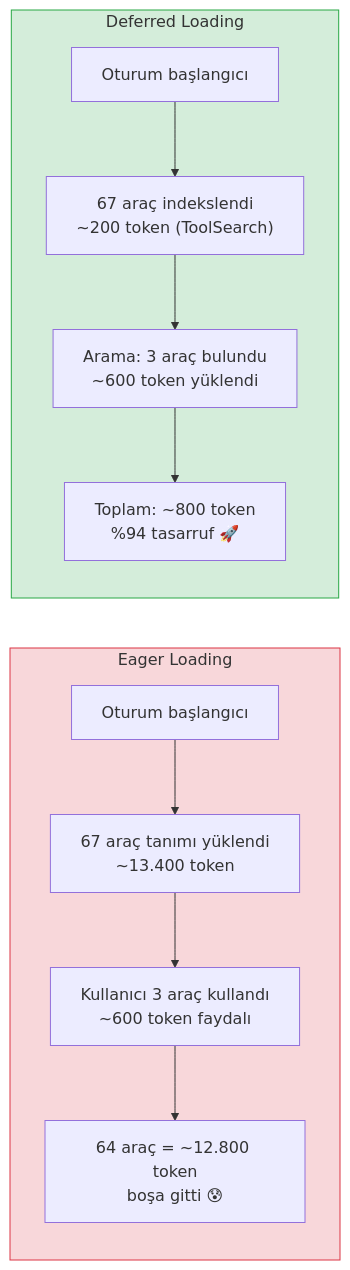
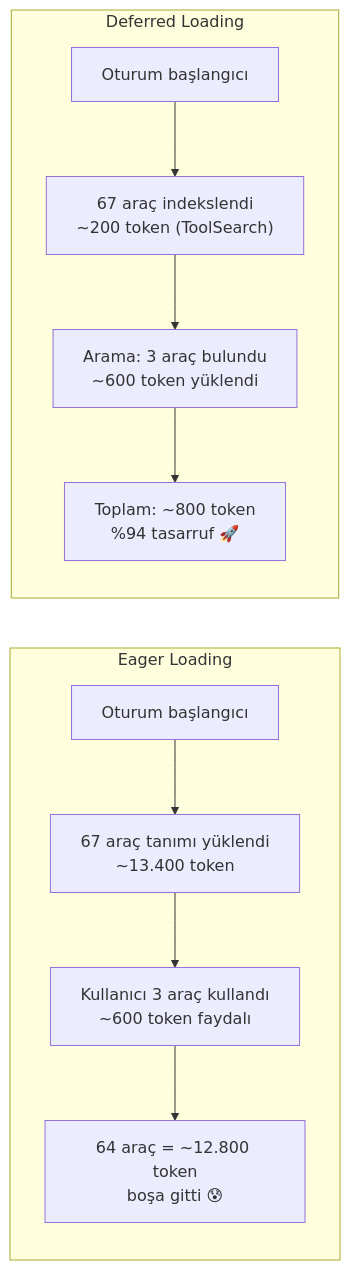
The third of 5 diagrams in 11-mcp/04-mcp-tool-search.md (IzzetYasinAtes/ClaudeCodeHandbook), drawn with Mermaid before and after one commit. The commit also changed other lines of this file and 97 other files, not shown here.

Commit message:
Remove all custom Mermaid style/fill colors from 98 markdown files for consistent dark theme rendering

````diff
--- a/11-mcp/04-mcp-tool-search.md
+++ b/11-mcp/04-mcp-tool-search.md
@@ -72,25 +68,23 @@
 ```mermaid
 flowchart LR
     subgraph eager ["Eager Loading"]
         direction TB
         E_START["Oturum başlangıcı"]
         E_LOAD["67 araç tanımı yüklendi<br/>~13.400 token"]
         E_USE["Kullanıcı 3 araç kullandı<br/>~600 token faydalı"]
         E_WASTE["64 araç = ~12.800 token<br/>boşa gitti 😰"]
 
         E_START --> E_LOAD --> E_USE --> E_WASTE
     end
 
     subgraph deferred ["Deferred Loading"]
         direction TB
         D_START["Oturum başlangıcı"]
         D_INDEX["67 araç indekslendi<br/>~200 token (ToolSearch)"]
         D_SEARCH["Arama: 3 araç bulundu<br/>~600 token yüklendi"]
         D_TOTAL["Toplam: ~800 token<br/>%94 tasarruf 🚀"]
 
         D_START --> D_INDEX --> D_SEARCH --> D_TOTAL
     end
 
-    style eager fill:#f8d7da,stroke:#dc3545
-    style deferred fill:#d4edda,stroke:#28a745
 ```
````
